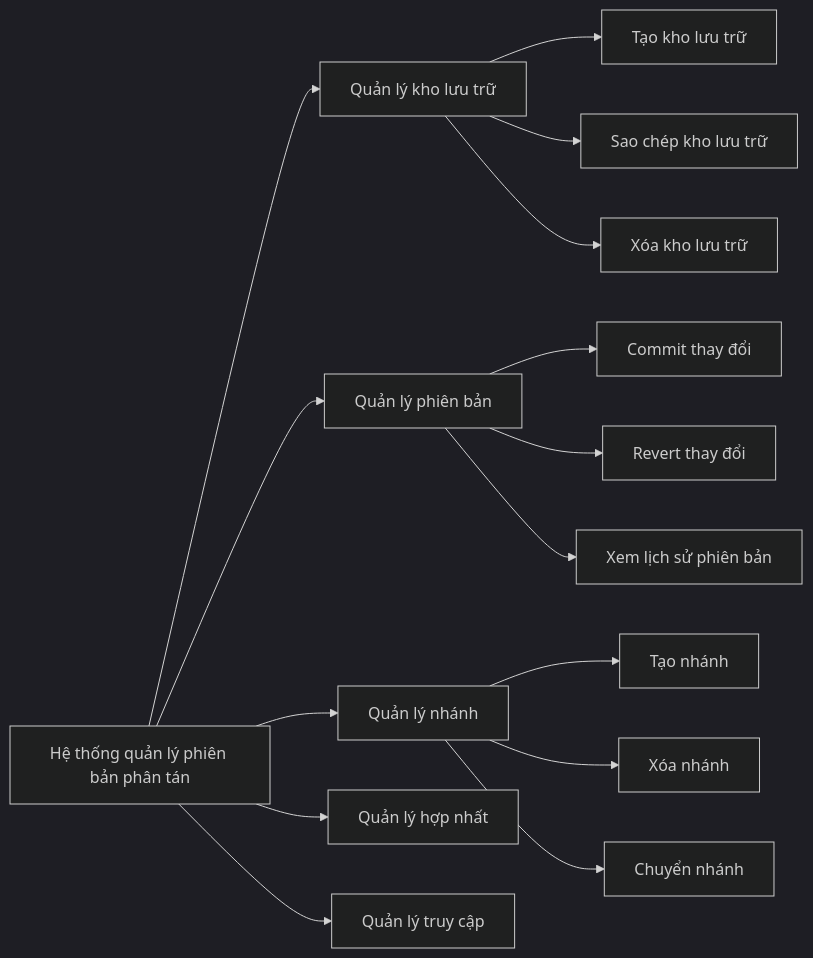
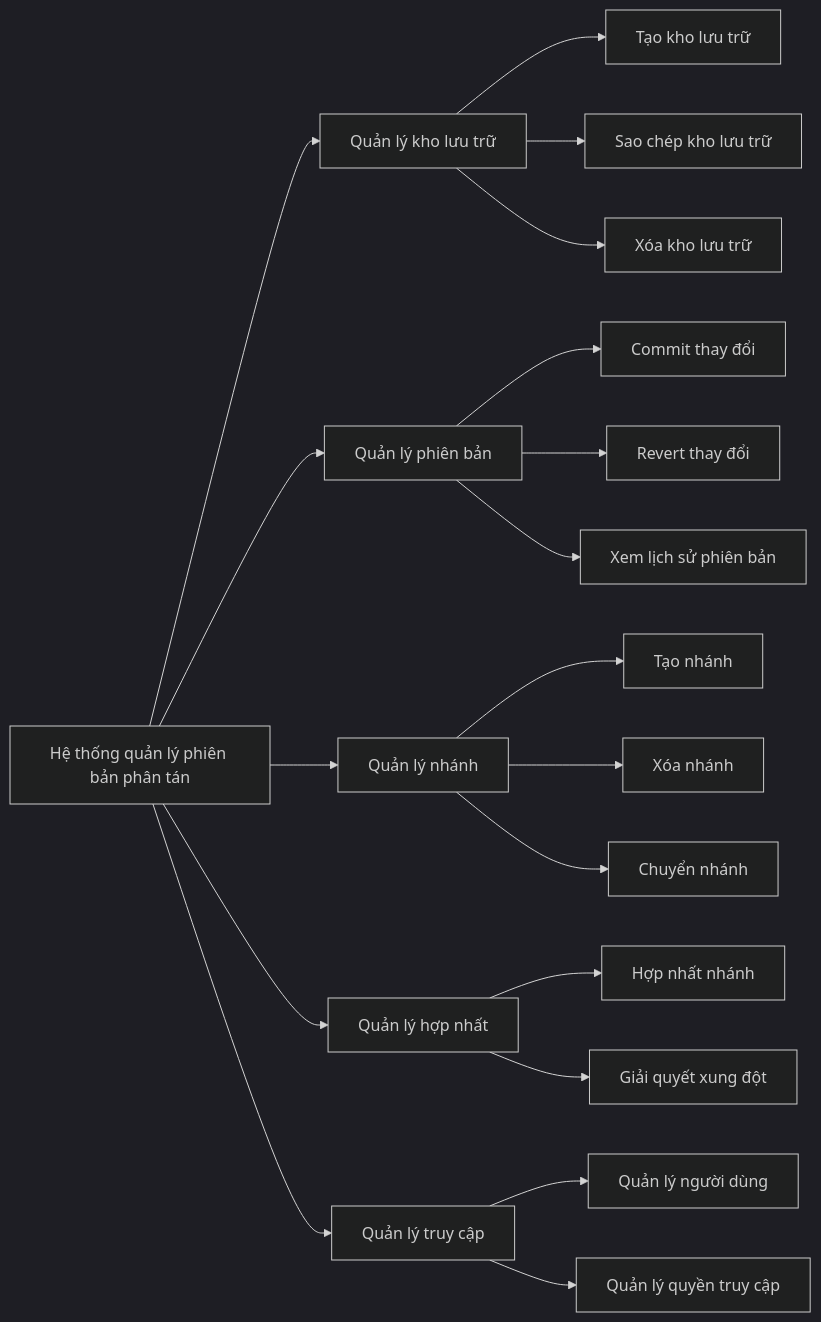
Before and after one commit to nguyensinhloc/DiagramsForDVCS: the first of 3 diagrams in README.md, drawn with Mermaid (dark theme).

````diff
--- a/README.md
+++ b/README.md
@@ -30,20 +29,26 @@
 ```mermaid
 graph LR
     A[Hệ thống quản lý phiên bản phân tán] --> B[Quản lý kho lưu trữ]
     A --> C[Quản lý phiên bản]
     A --> D[Quản lý nhánh]
     A --> E[Quản lý hợp nhất]
     A --> F[Quản lý truy cập]
 
     B --> B1[Tạo kho lưu trữ]
     B --> B2[Sao chép kho lưu trữ]
     B --> B3[Xóa kho lưu trữ]
 
     C --> C1[Commit thay đổi]
     C --> C2[Revert thay đổi]
     C --> C3[Xem lịch sử phiên bản]
 
     D --> D1[Tạo nhánh]
     D --> D2[Xóa nhánh]
     D --> D3[Chuyển nhánh]
+
+    E --> E1[Hợp nhất nhánh]
+    E --> E2[Giải quyết xung đột]
+
+    F --> F1[Quản lý người dùng]
+    F --> F2[Quản lý quyền truy cập]
 ```
````
